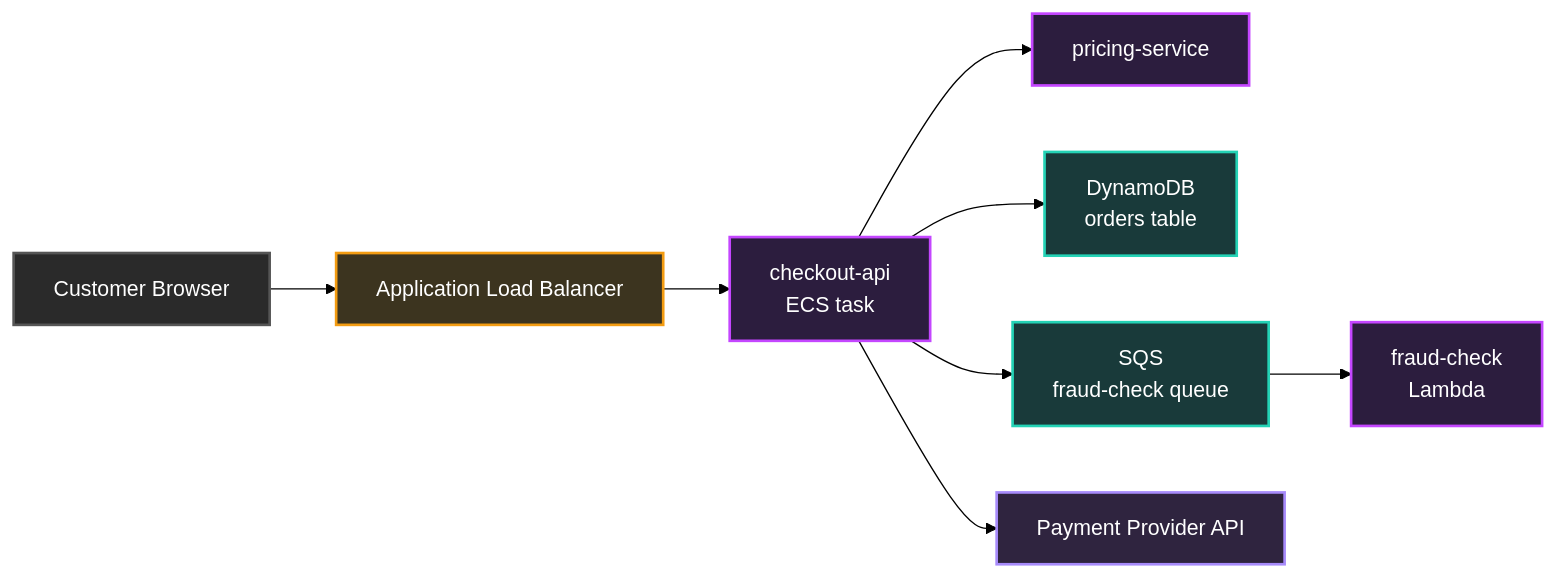
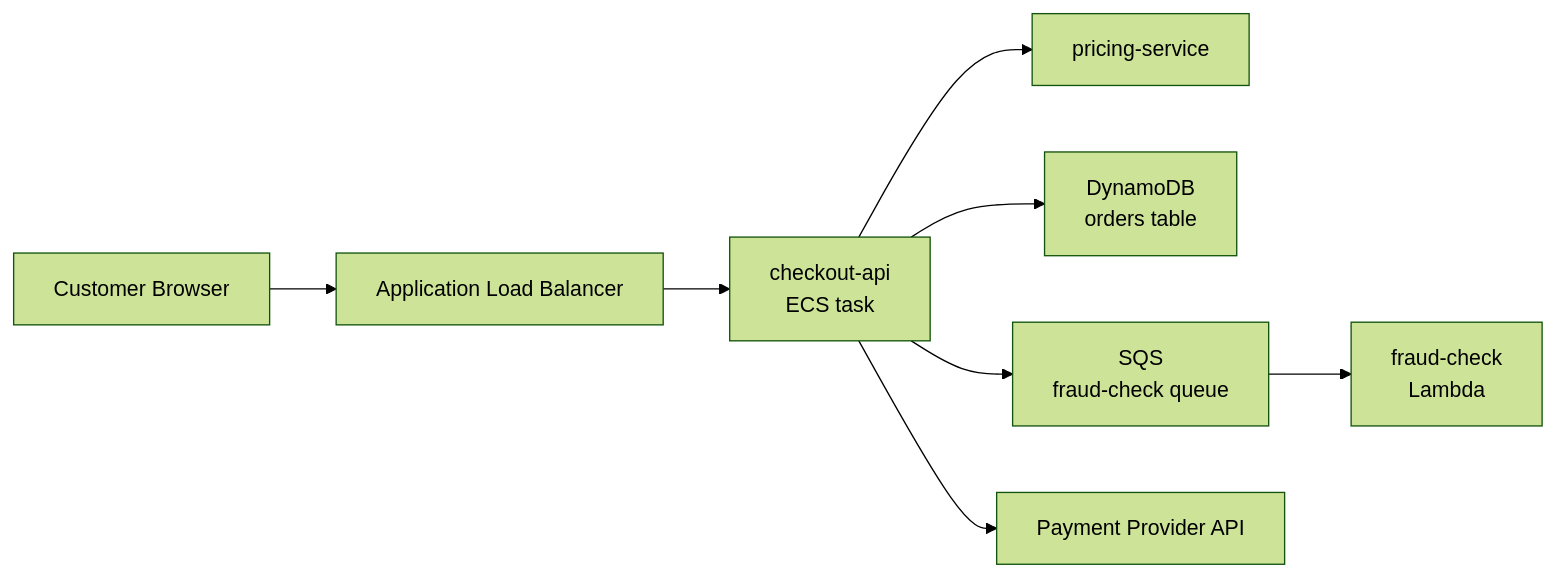
Before and after one commit to senlinyy/dev-roadmaps: the first of 3 diagrams in cloud-providers/aws/observability/04-x-ray-and-opentelemetry.md, drawn with Mermaid (forest theme). The commit also changed other lines of this file and 152 other files, not shown here.

Commit message:
feat: mlops and diagrams updated

````diff
--- a/cloud-providers/aws/observability/04-x-ray-and-opentelemetry.md
+++ b/cloud-providers/aws/observability/04-x-ray-and-opentelemetry.md
@@ -58,16 +58,10 @@
 ```mermaid
 graph LR
     Browser[Customer Browser]:::client --> ALB[Application Load Balancer]:::edge
     ALB --> Checkout[checkout-api<br/>ECS task]:::service
     Checkout --> Pricing[pricing-service]:::service
     Checkout --> Dynamo[DynamoDB<br/>orders table]:::aws
     Checkout --> Queue[SQS<br/>fraud-check queue]:::aws
     Queue --> Fraud[fraud-check<br/>Lambda]:::service
     Checkout --> Provider[Payment Provider API]:::external
-
-    classDef client fill:#2a2a2a,stroke:#555,stroke-width:2px,color:#fff
-    classDef edge fill:#3c341f,stroke:#f39c12,stroke-width:2px,color:#fff
-    classDef service fill:#2c1d3e,stroke:#c446ff,stroke-width:2px,color:#fff
-    classDef aws fill:#193a3a,stroke:#24d2b5,stroke-width:2px,color:#fff
-    classDef external fill:#2f243f,stroke:#a78bfa,stroke-width:2px,color:#fff
 ```
````
